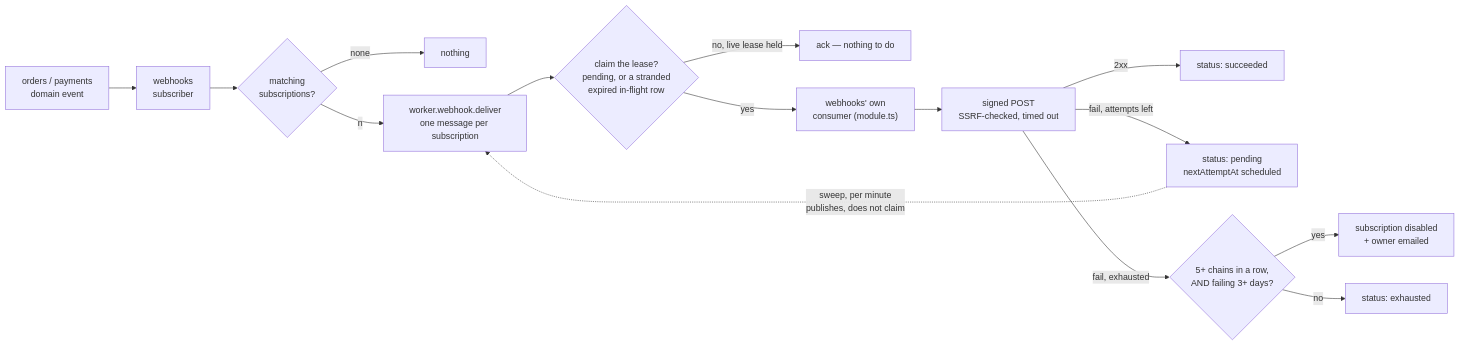
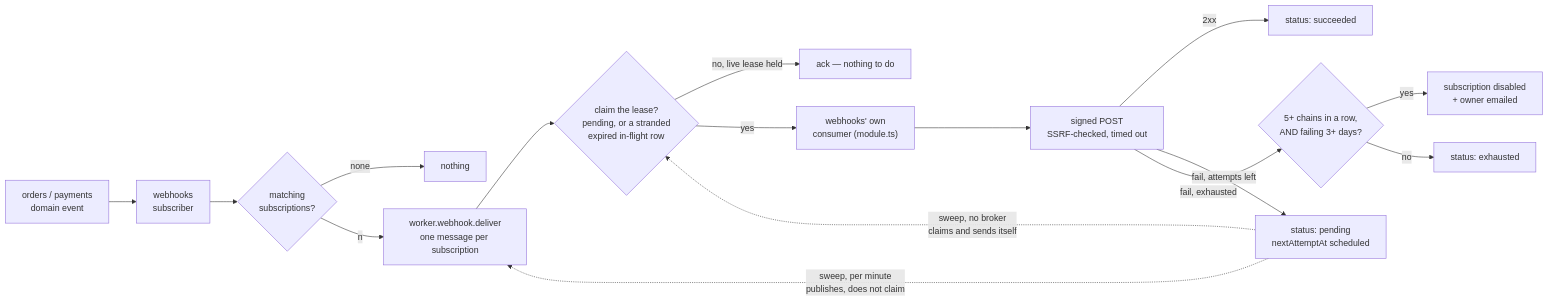
One commit to Guebbit/boilerplate-node-backend changed the third of 3 diagrams in docs/modules/webhooks.md. Above: the diagram before and after it, drawn with Mermaid. The commit also changed other lines of this file and 7 other files, not shown here.

First line of the commit message:
fix(webhooks): with no broker the sweep sends due deliveries itself, so none stays pending forever

````diff
--- a/docs/modules/webhooks.md
+++ b/docs/modules/webhooks.md
@@ -100,17 +100,18 @@
 ```mermaid
 flowchart LR
     SVC["orders / payments<br/>domain event"] --> PUB["webhooks<br/>subscriber"]
     PUB --> MATCH{"matching<br/>subscriptions?"}
     MATCH -->|none| DROP["nothing"]
     MATCH -->|n| Q["worker.webhook.deliver<br/>one message per subscription"]
     Q --> CLAIM{"claim the lease?<br/>pending, or a stranded<br/>expired in-flight row"}
     CLAIM -->|no, live lease held| ACK["ack — nothing to do"]
     CLAIM -->|yes| W["webhooks' own<br/>consumer (module.ts)"]
     W --> HTTP["signed POST<br/>SSRF-checked, timed out"]
     HTTP -->|2xx| OK["status: succeeded"]
     HTTP -->|fail, attempts left| BACK["status: pending<br/>nextAttemptAt scheduled"]
     HTTP -->|fail, exhausted| DIS{"5+ chains in a row,<br/>AND failing 3+ days?"}
     DIS -->|yes| OFF["subscription disabled<br/>+ owner emailed"]
     DIS -->|no| DONE["status: exhausted"]
     BACK -.->|sweep, per minute<br/>publishes, does not claim| Q
+    BACK -.->|sweep, no broker<br/>claims and sends itself| CLAIM
 ```
````
